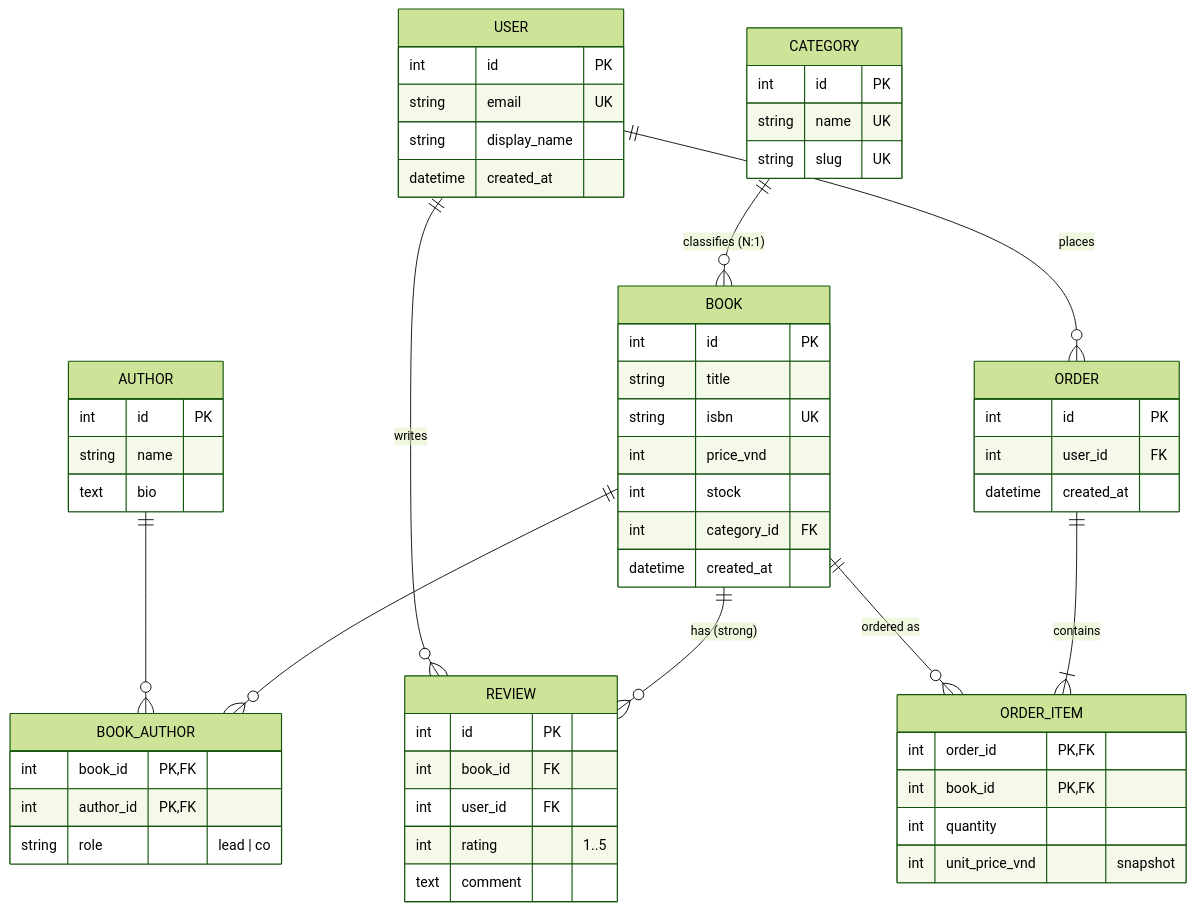
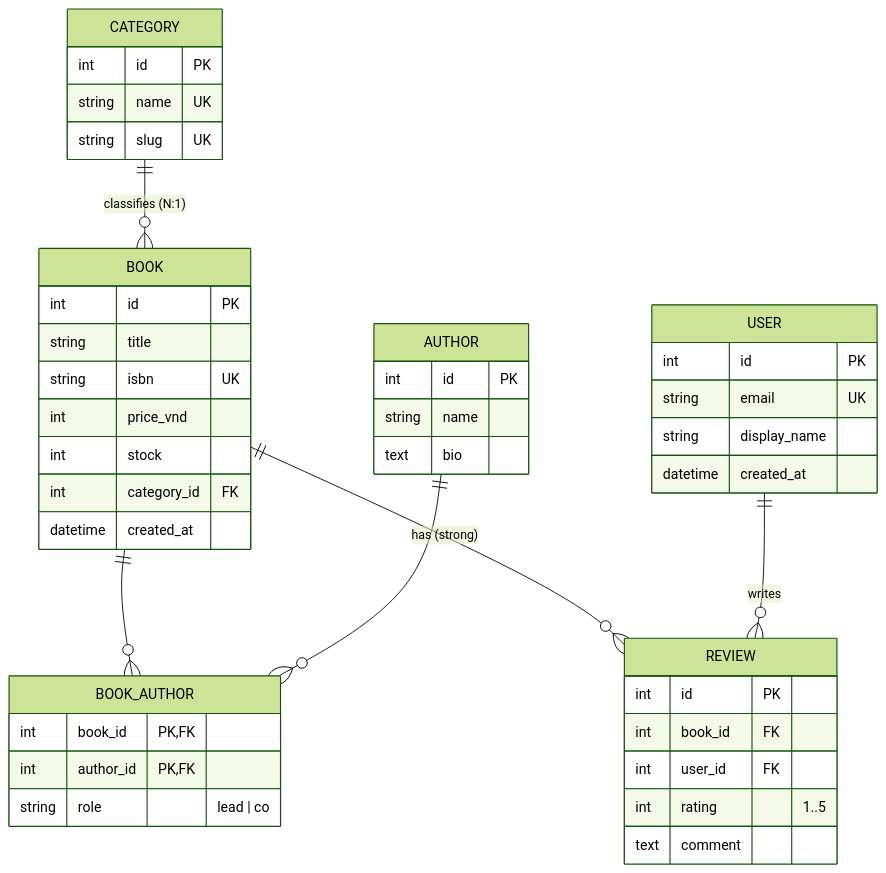
Before and after one commit to namnkahn1607/HK1_2627_INT3505E_1: the diagram in B5/README.md, drawn with Mermaid (forest theme). The commit also changed 2 other files, not shown here.

Commit message:
fix: remove orders (reduce workload)

````diff
--- a/B5/README.md
+++ b/B5/README.md
@@ -3,44 +3,34 @@
 ```mermaid
 erDiagram
     CATEGORY ||--o{ BOOK : "classifies (N:1)"
     BOOK ||--o{ BOOK_AUTHOR : ""
     AUTHOR ||--o{ BOOK_AUTHOR : ""
     BOOK ||--o{ REVIEW : "has (strong)"
     USER ||--o{ REVIEW : writes
-    USER ||--o{ ORDER : places
-    ORDER ||--|{ ORDER_ITEM : contains
-    BOOK ||--o{ ORDER_ITEM : "ordered as"
 
     CATEGORY { int id PK
         string name UK
         string slug UK }
     AUTHOR { int id PK
         string name
         text bio }
     BOOK { int id PK
         string title
         string isbn UK
         int price_vnd
         int stock
         int category_id FK
         datetime created_at }
     BOOK_AUTHOR { int book_id PK,FK
         int author_id PK,FK
         string role "lead | co" }
     USER { int id PK
         string email UK
         string display_name
         datetime created_at }
     REVIEW { int id PK
         int book_id FK
         int user_id FK
         int rating "1..5"
         text comment }
-    ORDER { int id PK
-        int user_id FK
-        datetime created_at }
-    ORDER_ITEM { int order_id PK,FK
-        int book_id PK,FK
-        int quantity
-        int unit_price_vnd "snapshot" }
 ```
````
